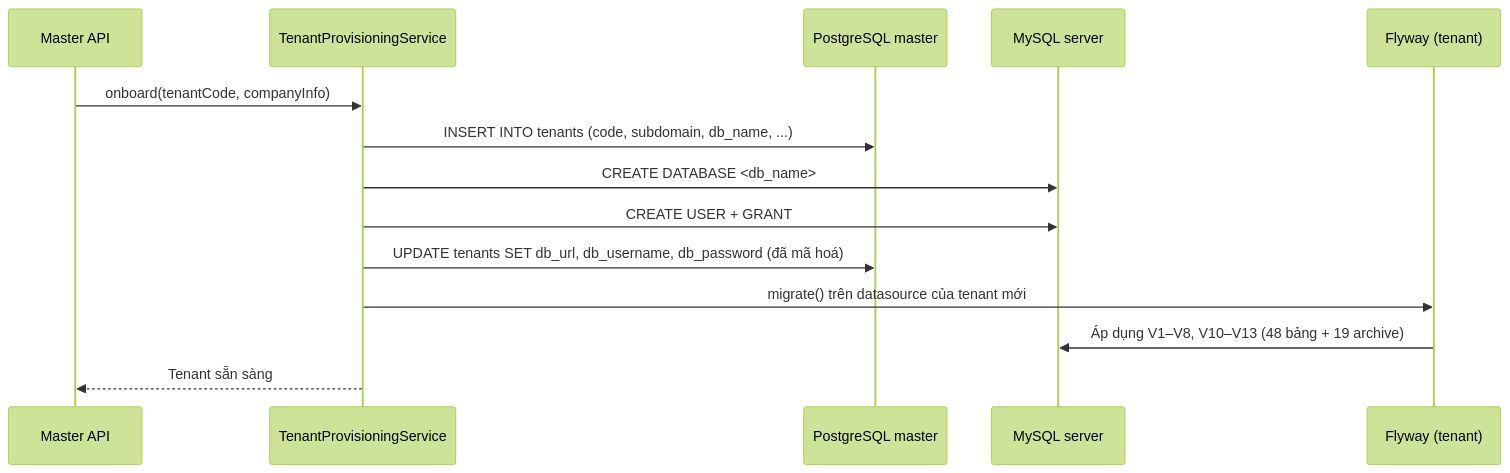
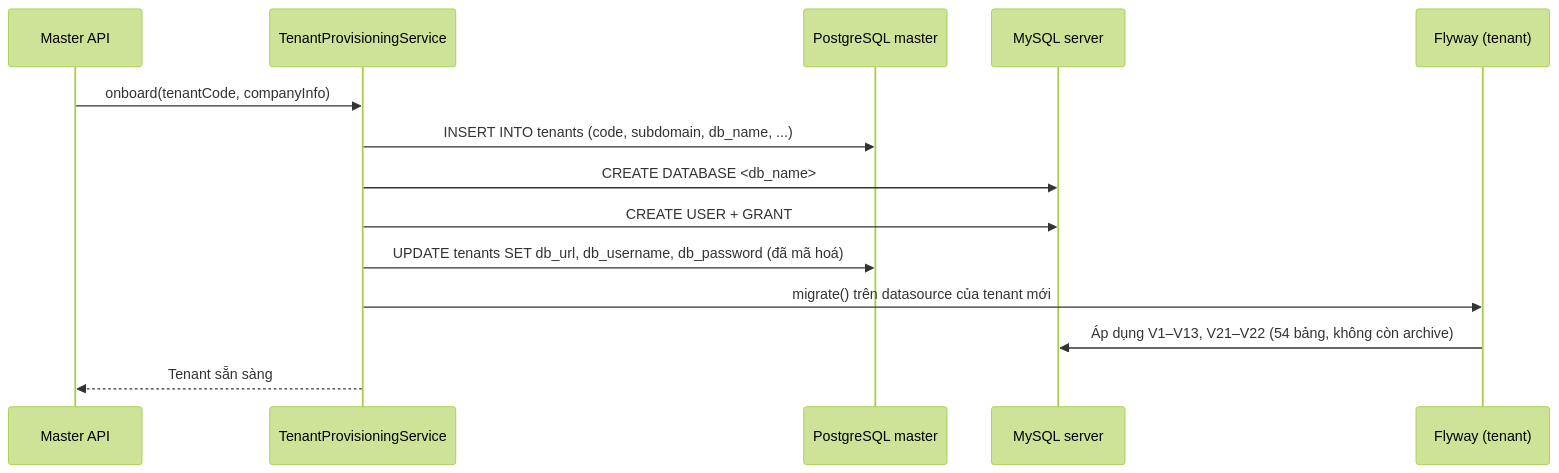
Before and after one commit to hieupnh12/SmartHire-AI: diagram 11 of 11 in docs/database/README.md, drawn with Mermaid (forest theme). The commit also changed other lines of this file and 26 other files, not shown here.

````diff
--- a/docs/database/README.md
+++ b/docs/database/README.md
@@ -1015,17 +1032,17 @@
 ```mermaid
 sequenceDiagram
     participant API as Master API
     participant PRV as TenantProvisioningService
     participant PG as PostgreSQL master
     participant MY as MySQL server
     participant FW as Flyway (tenant)
 
     API->>PRV: onboard(tenantCode, companyInfo)
     PRV->>PG: INSERT INTO tenants (code, subdomain, db_name, ...)
     PRV->>MY: CREATE DATABASE <db_name>
     PRV->>MY: CREATE USER + GRANT
     PRV->>PG: UPDATE tenants SET db_url, db_username, db_password (đã mã hoá)
     PRV->>FW: migrate() trên datasource của tenant mới
-    FW->>MY: Áp dụng V1–V8, V10–V13 (48 bảng + 19 archive)
+    FW->>MY: Áp dụng V1–V13, V21–V22 (54 bảng, không còn archive)
     PRV-->>API: Tenant sẵn sàng
 ```
````
